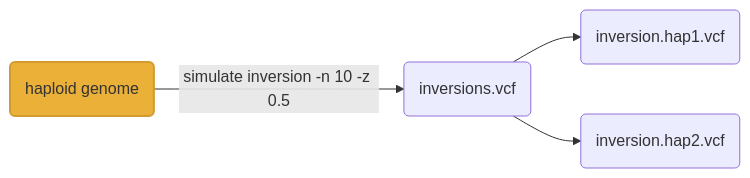
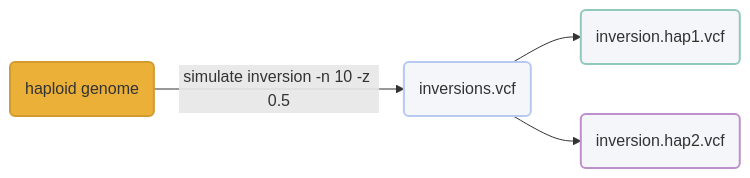
One commit to pdimens/harpy changed the first of 6 diagrams in Modules/Simulate/simulate-variants.md. Above: the diagram before and after it, drawn with Mermaid. The commit also changed other lines of this file and 11 other files, not shown here.

Commit message:
update all mermaids

````diff
--- a/Modules/Simulate/simulate-variants.md
+++ b/Modules/Simulate/simulate-variants.md
@@ -223,7 +223,10 @@
 ```mermaid
 graph LR
-    geno(haploid genome)-->|simulate inversion -n 10 -z 0.5|hap(inversions.vcf)
+    geno(haploid genome)-->|simulate inversion -n 10 -z 0.5|hap(inversions.vcf):::clean
     hap-->hap1(inversion.hap1.vcf)
     hap-->hap2(inversion.hap2.vcf)
     style geno fill:#ebb038,stroke:#d19b2f,stroke-width:2px
+    style hap1 fill:#f5f6f9,stroke:#90c8be,stroke-width:2px
+    style hap2 fill:#f5f6f9,stroke:#bd8fcb,stroke-width:2px
+    classDef clean fill:#f5f6f9,stroke:#b7c9ef,stroke-width:2px
 ```
````
